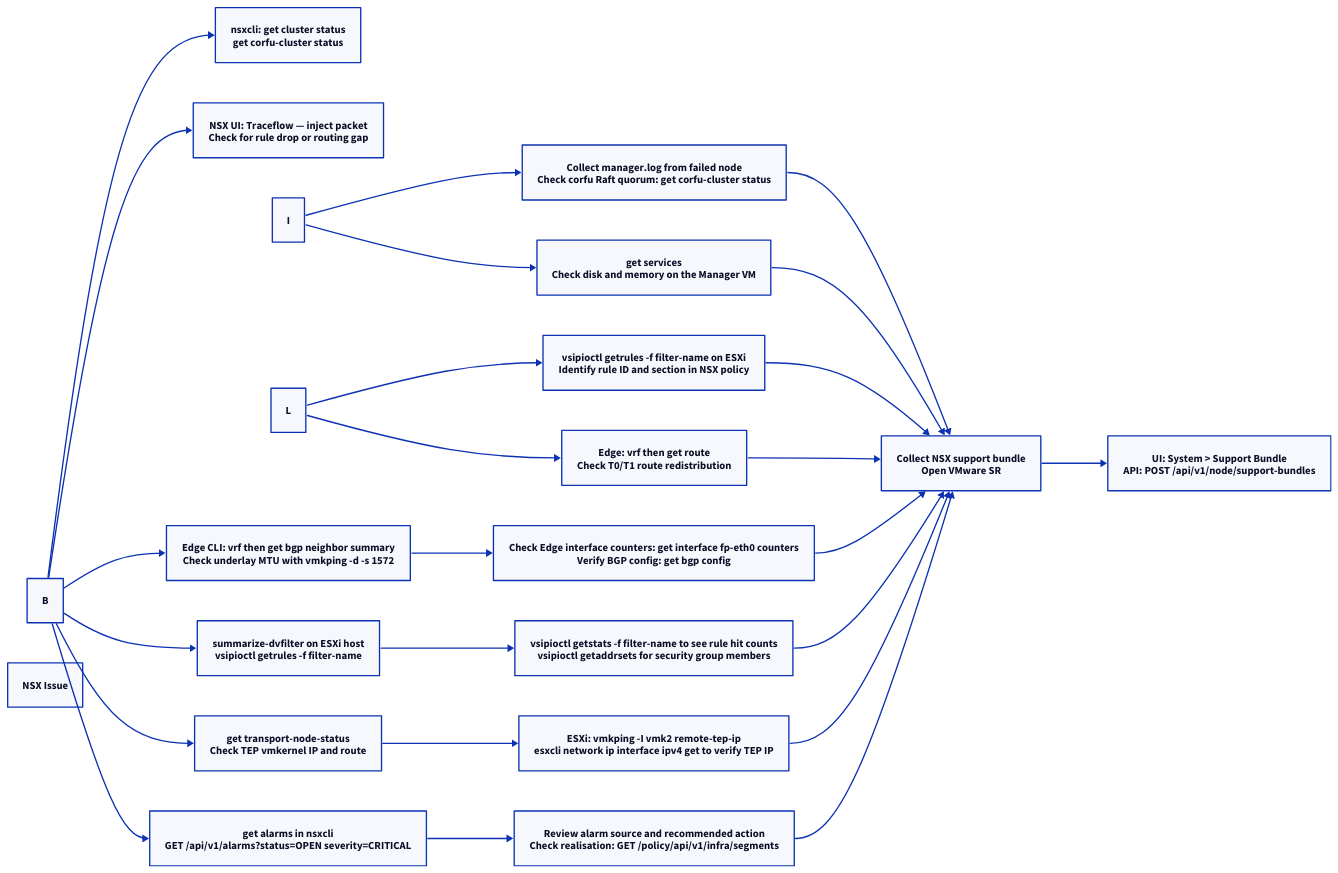
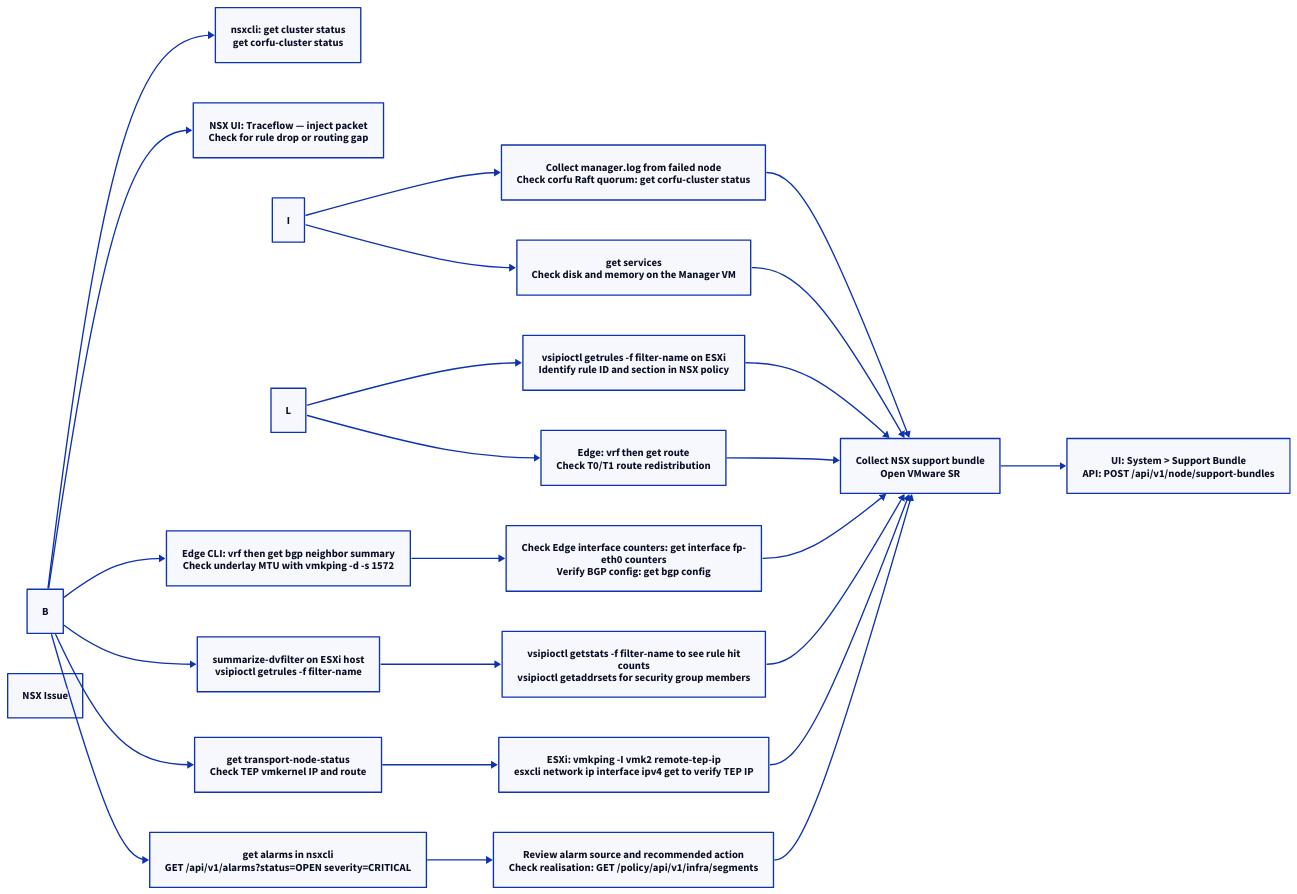
The first of 2 diagrams in docs/virtualization/vmware/nsx/troubleshooting/diagnostics.md (canast01/chris-kb), drawn with D2 before and after one commit. The commit also changed 192 other files, not shown here.

````diff
--- a/docs/virtualization/vmware/nsx/troubleshooting/diagnostics.md
+++ b/docs/virtualization/vmware/nsx/troubleshooting/diagnostics.md
@@ -19,48 +19,48 @@
 ```d2
 direction: right
 
 B: "B" {shape: rectangle}
 C: "nsxcli: get cluster status\nget corfu-cluster status" {shape: rectangle}
 D: "NSX UI: Traceflow — inject packet\nCheck for rule drop or routing gap" {shape: rectangle}
 E: "Edge CLI: vrf then get bgp neighbor summary\nCheck underlay MTU with vmkping -d -s 1572" {shape: rectangle}
 F: "summarize-dvfilter on ESXi host\nvsipioctl getrules -f filter-name" {shape: rectangle}
 G: "get transport-node-status\nCheck TEP vmkernel IP and route" {shape: rectangle}
 H: "get alarms in nsxcli\nGET /api/v1/alarms?status=OPEN severity=CRITICAL" {shape: rectangle}
 I: "I" {shape: rectangle}
 J: "Collect manager.log from failed node\nCheck corfu Raft quorum: get corfu-cluster status" {shape: rectangle}
 K: "get services\nCheck disk and memory on the Manager VM" {shape: rectangle}
 L: "L" {shape: rectangle}
 M: "vsipioctl getrules -f filter-name on ESXi\nIdentify rule ID and section in NSX policy" {shape: rectangle}
 N: "Edge: vrf then get route\nCheck T0/T1 route redistribution" {shape: rectangle}
-O: "Check Edge interface counters: get interface fp-eth0 counters\nVerify BGP config: get bgp config" {shape: rectangle}
-P: "vsipioctl getstats -f filter-name to see rule hit counts\nvsipioctl getaddrsets for security group members" {shape: rectangle}
+O: "Check Edge interface counters: get interface fp-\neth0 counters\nVerify BGP config: get bgp config" {shape: rectangle}
+P: "vsipioctl getstats -f filter-name to see rule hit\ncounts\nvsipioctl getaddrsets for security group members" {shape: rectangle}
 Q: "ESXi: vmkping -I vmk2 remote-tep-ip\nesxcli network ip interface ipv4 get to verify TEP IP" {shape: rectangle}
 R: "Review alarm source and recommended action\nCheck realisation: GET /policy/api/v1/infra/segments" {shape: rectangle}
 S: "Collect NSX support bundle\nOpen VMware SR" {shape: rectangle}
 T: "UI: System > Support Bundle\nAPI: POST /api/v1/node/support-bundles" {shape: rectangle}
 A: "NSX Issue" {shape: rectangle}
 
 B -> C
 B -> D
 B -> E
 B -> F
 B -> G
 B -> H
 I -> J
 I -> K
 L -> M
 L -> N
 E -> O
 F -> P
 G -> Q
 H -> R
 J -> S
 K -> S
 M -> S
 N -> S
 O -> S
 P -> S
 Q -> S
 R -> S
 S -> T
 ```
````
